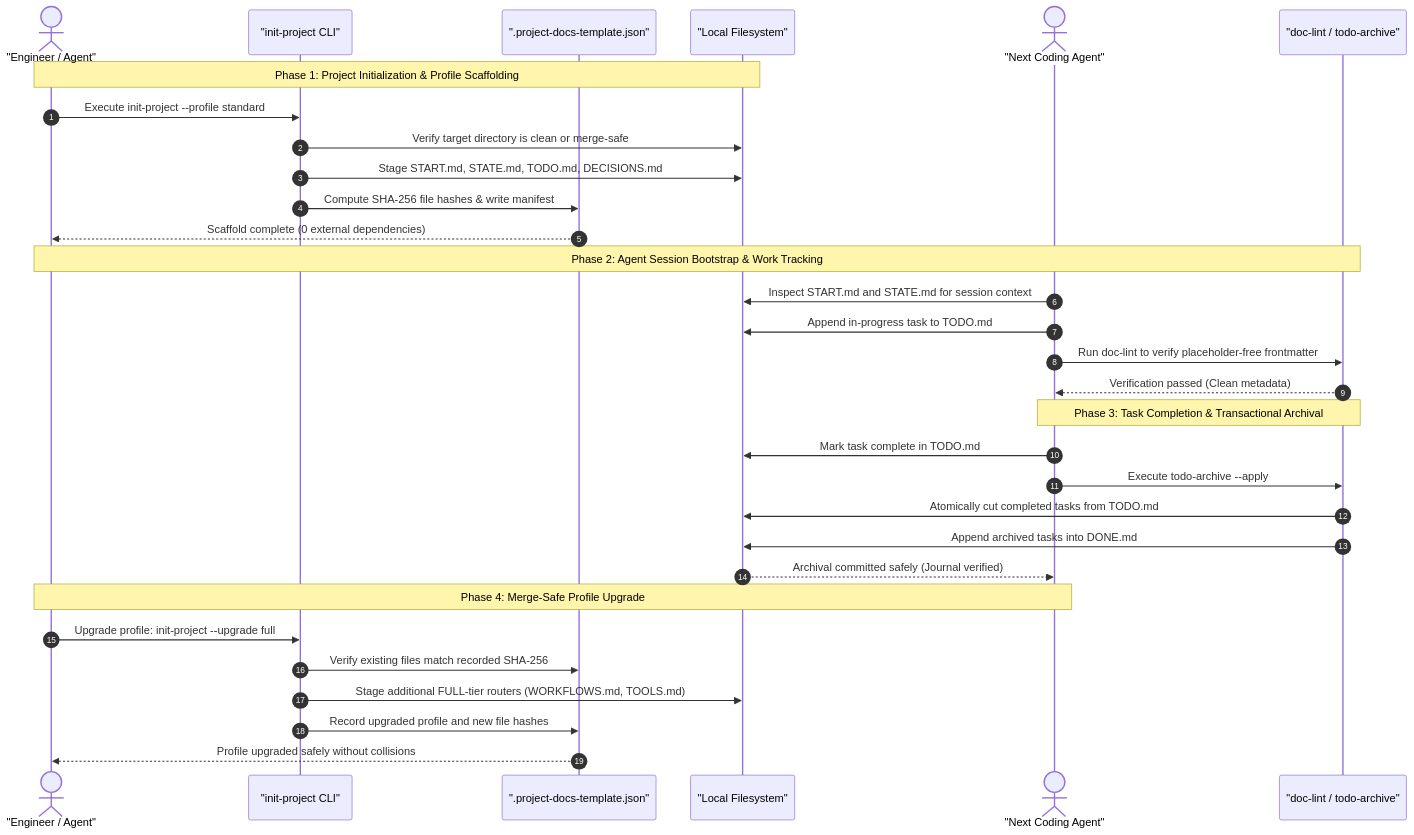
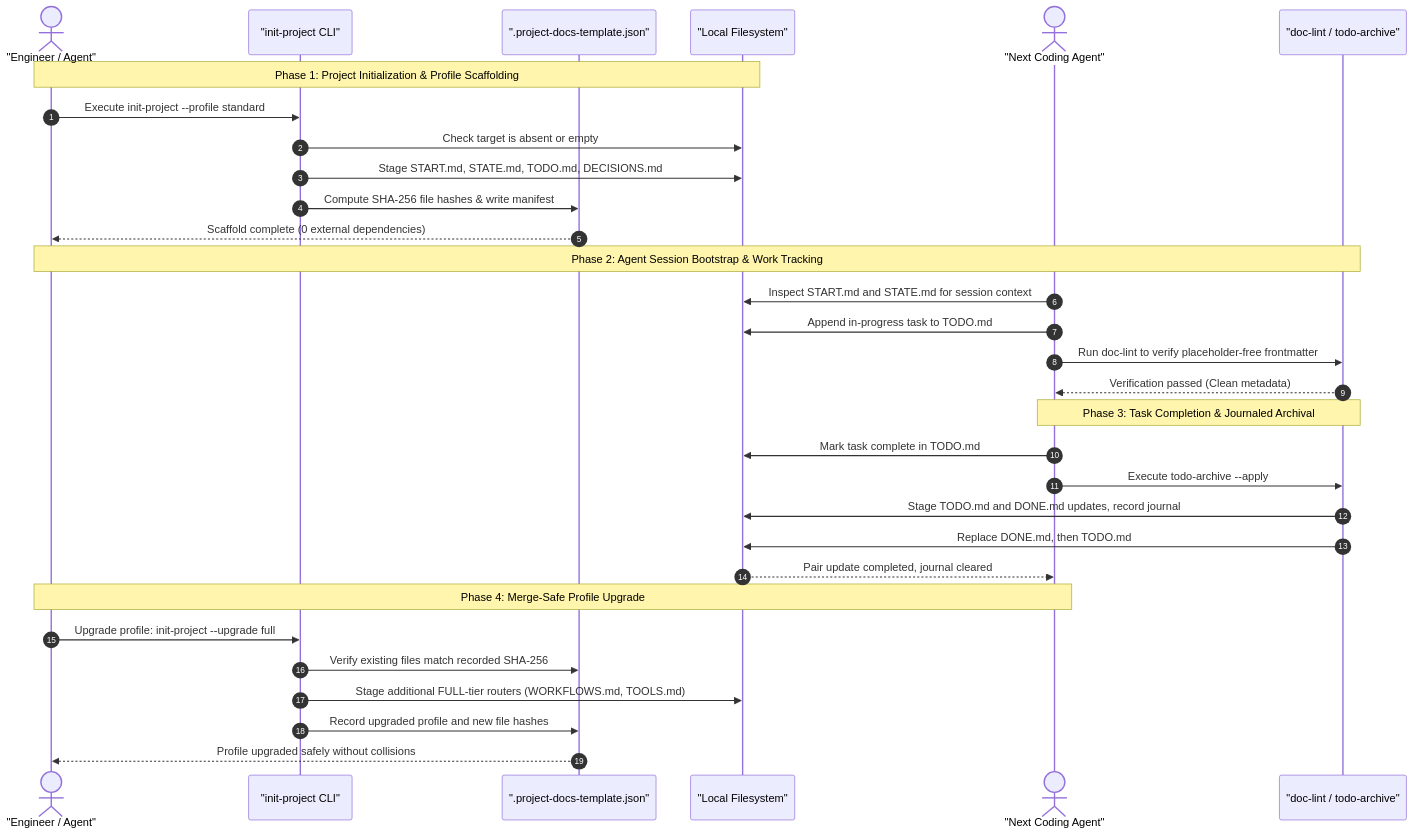
The second of 2 diagrams in README.md (ellmos-ai/project-docs-template), drawn with Mermaid before and after one commit. The commit also changed other lines of this file and 6 other files, not shown here.

````diff
--- a/README.md
+++ b/README.md
@@ -153,37 +155,37 @@
 ```mermaid
 sequenceDiagram
     autonumber
     actor Engineer as "Engineer / Agent"
     participant CLI as "init-project CLI"
     participant Manifest as ".project-docs-template.json"
     participant FS as "Local Filesystem"
     actor NextAgent as "Next Coding Agent"
     participant Linter as "doc-lint / todo-archive"
 
     Note over Engineer,FS: Phase 1: Project Initialization & Profile Scaffolding
     Engineer->>CLI: Execute init-project --profile standard
-    CLI->>FS: Verify target directory is clean or merge-safe
+    CLI->>FS: Check target is absent or empty
     CLI->>FS: Stage START.md, STATE.md, TODO.md, DECISIONS.md
     CLI->>Manifest: Compute SHA-256 file hashes & write manifest
     Manifest-->>Engineer: Scaffold complete (0 external dependencies)
 
     Note over Engineer,Linter: Phase 2: Agent Session Bootstrap & Work Tracking
     NextAgent->>FS: Inspect START.md and STATE.md for session context
     NextAgent->>FS: Append in-progress task to TODO.md
     NextAgent->>Linter: Run doc-lint to verify placeholder-free frontmatter
     Linter-->>NextAgent: Verification passed (Clean metadata)
 
-    Note over NextAgent,Linter: Phase 3: Task Completion & Transactional Archival
+    Note over NextAgent,Linter: Phase 3: Task Completion & Journaled Archival
     NextAgent->>FS: Mark task complete in TODO.md
     NextAgent->>Linter: Execute todo-archive --apply
-    Linter->>FS: Atomically cut completed tasks from TODO.md
-    Linter->>FS: Append archived tasks into DONE.md
-    FS-->>NextAgent: Archival committed safely (Journal verified)
+    Linter->>FS: Stage TODO.md and DONE.md updates, record journal
+    Linter->>FS: Replace DONE.md, then TODO.md
+    FS-->>NextAgent: Pair update completed, journal cleared
 
     Note over Engineer,NextAgent: Phase 4: Merge-Safe Profile Upgrade
     Engineer->>CLI: Upgrade profile: init-project --upgrade full
     CLI->>Manifest: Verify existing files match recorded SHA-256
     CLI->>FS: Stage additional FULL-tier routers (WORKFLOWS.md, TOOLS.md)
     CLI->>Manifest: Record upgraded profile and new file hashes
     Manifest-->>Engineer: Profile upgraded safely without collisions
 ```
````
